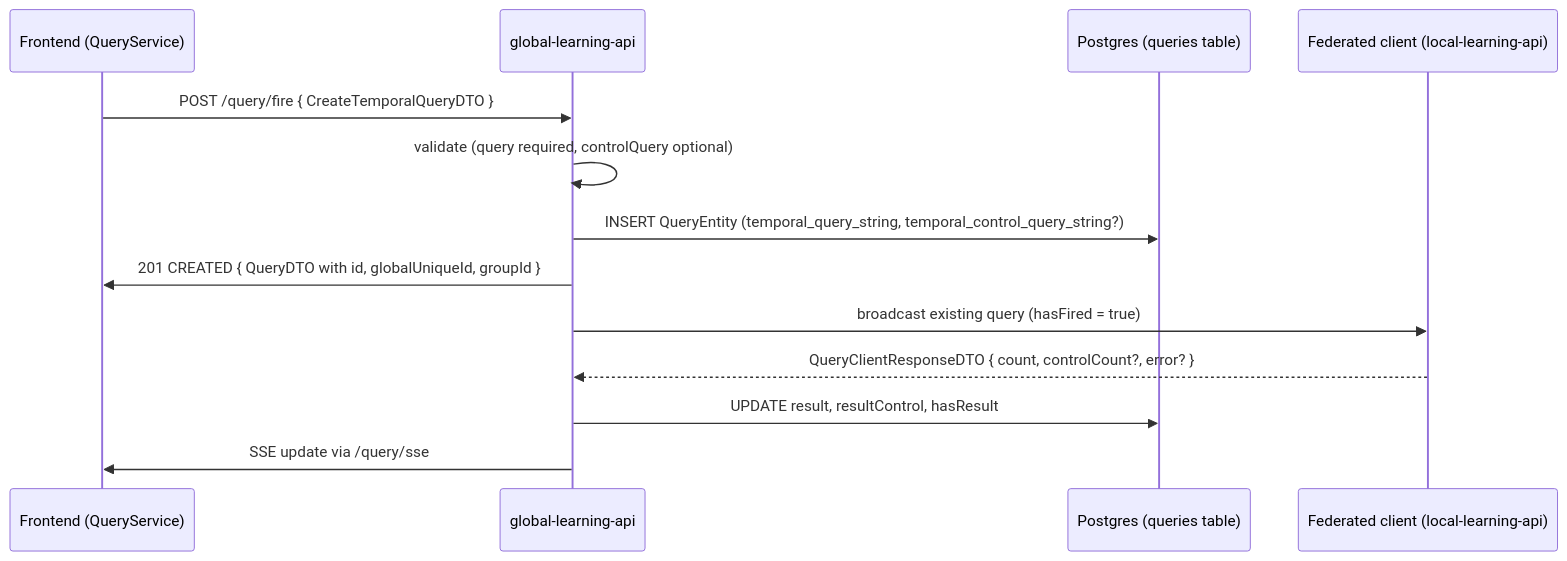
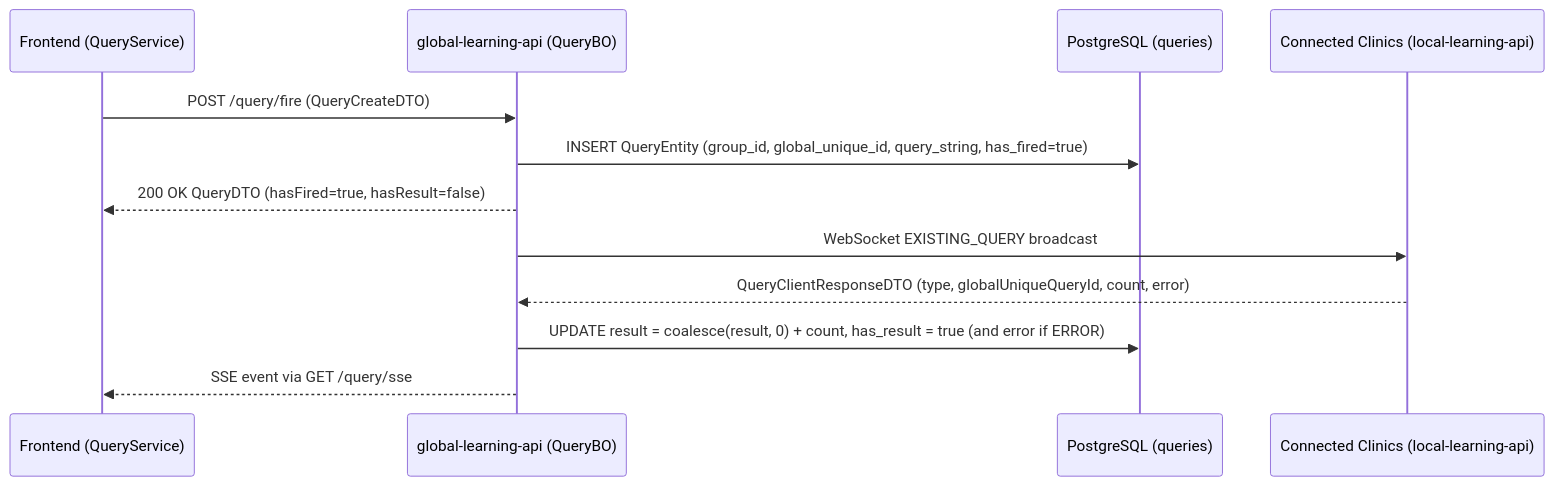
The diagram in docs/contribution-guide/backend/global-learning-api/query-creation.md (FedLearnNet/Documentation), drawn with Mermaid before and after one commit. The commit also changed other lines of this file and 9 other files, not shown here.

First line of the commit message:
docs: expand federated query guides

````diff
--- a/docs/contribution-guide/backend/global-learning-api/query-creation.md
+++ b/docs/contribution-guide/backend/global-learning-api/query-creation.md
@@ -29,16 +26,15 @@
 ```mermaid
 sequenceDiagram
   participant FE as Frontend (QueryService)
-  participant API as global-learning-api
-  participant DB as Postgres (queries table)
-  participant WS as Federated client (local-learning-api)
+  participant API as global-learning-api (QueryBO)
+  participant DB as PostgreSQL (queries)
+  participant WS as Connected Clinics (local-learning-api)
 
-  FE->>API: POST /query/fire { CreateTemporalQueryDTO }
-  API->>API: validate (query required, controlQuery optional)
-  API->>DB: INSERT QueryEntity (temporal_query_string, temporal_control_query_string?)
-  API->>FE: 201 CREATED { QueryDTO with id, globalUniqueId, groupId }
-  API->>WS: broadcast existing query (hasFired = true)
-  WS-->>API: QueryClientResponseDTO { count, controlCount?, error? }
-  API->>DB: UPDATE result, resultControl, hasResult
-  API->>FE: SSE update via /query/sse
+  FE->>API: POST /query/fire (QueryCreateDTO)
+  API->>DB: INSERT QueryEntity (group_id, global_unique_id, query_string, has_fired=true)
+  API-->>FE: 200 OK QueryDTO (hasFired=true, hasResult=false)
+  API->>WS: WebSocket EXISTING_QUERY broadcast
+  WS-->>API: QueryClientResponseDTO (type, globalUniqueQueryId, count, error)
+  API->>DB: UPDATE result = coalesce(result, 0) + count, has_result = true (and error if ERROR)
+  API-->>FE: SSE event via GET /query/sse
 ```
````
